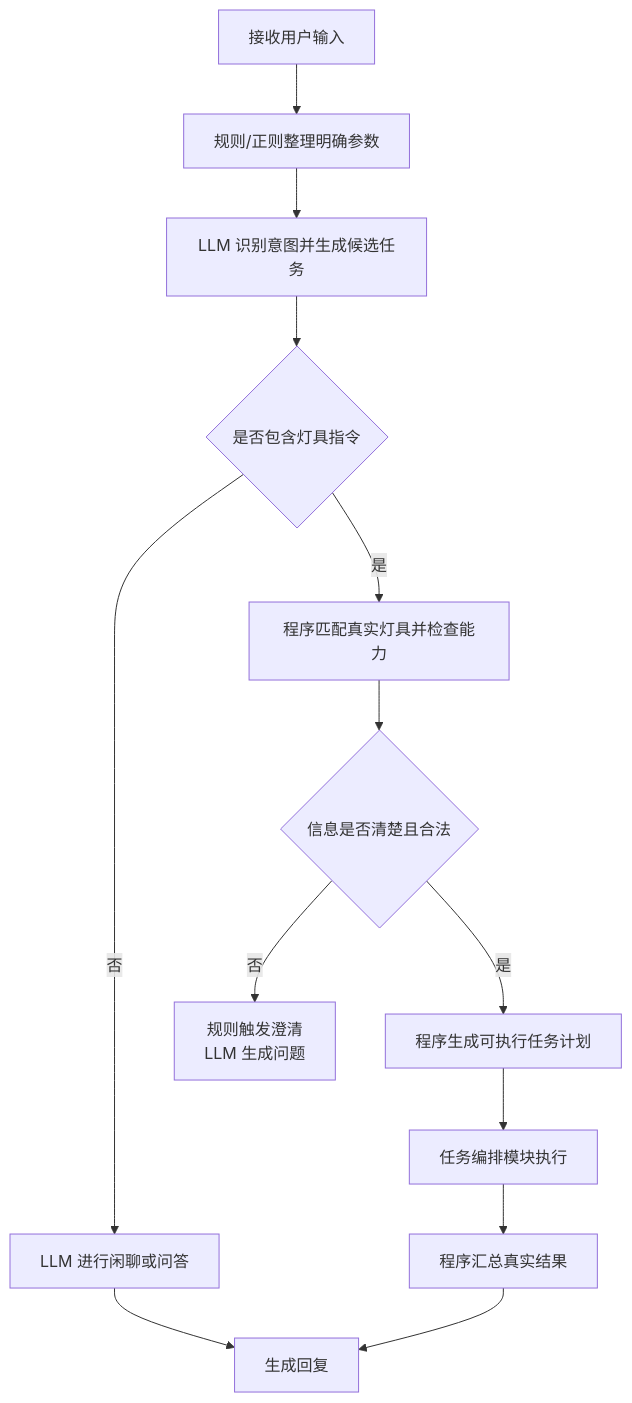
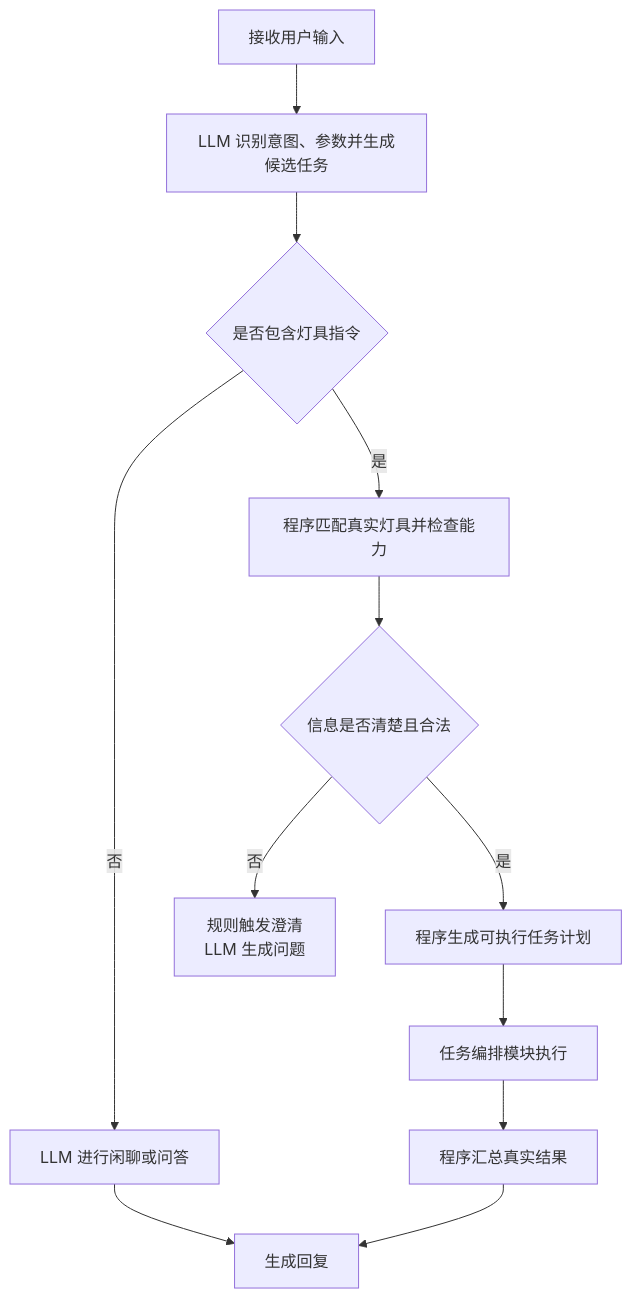
Before and after one commit to Mrlittlezhuo/Smart-Home-AI-Assistant: the second of 2 diagrams in 灯具控制与多指令Agent架构设计.md, drawn with Mermaid. The commit also changed other lines of this file, not shown here.

Commit message:
docs: route natural language directly through LLM

````diff
--- a/灯具控制与多指令Agent架构设计.md
+++ b/灯具控制与多指令Agent架构设计.md
@@ -260,15 +258,14 @@
 ```mermaid
 flowchart TD
-    A[接收用户输入] --> B[规则/正则整理明确参数]
-    B --> C[LLM 识别意图并生成候选任务]
+    A[接收用户输入] --> C[LLM 识别意图、参数并生成候选任务]
     C --> D{是否包含灯具指令}
     D -->|否| E[LLM 进行闲聊或问答]
     D -->|是| F[程序匹配真实灯具并检查能力]
     F --> G{信息是否清楚且合法}
     G -->|否| H[规则触发澄清<br/>LLM 生成问题]
     G -->|是| I[程序生成可执行任务计划]
     I --> J[任务编排模块执行]
     J --> K[程序汇总真实结果]
     E --> L[生成回复]
     K --> L
 ```
````
